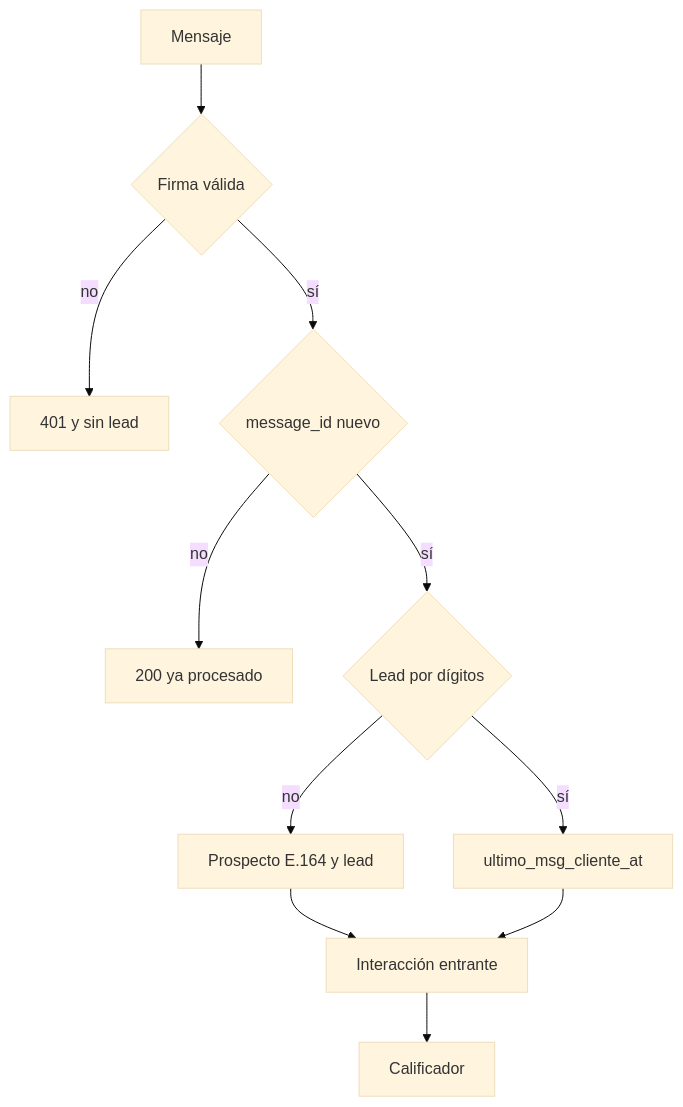
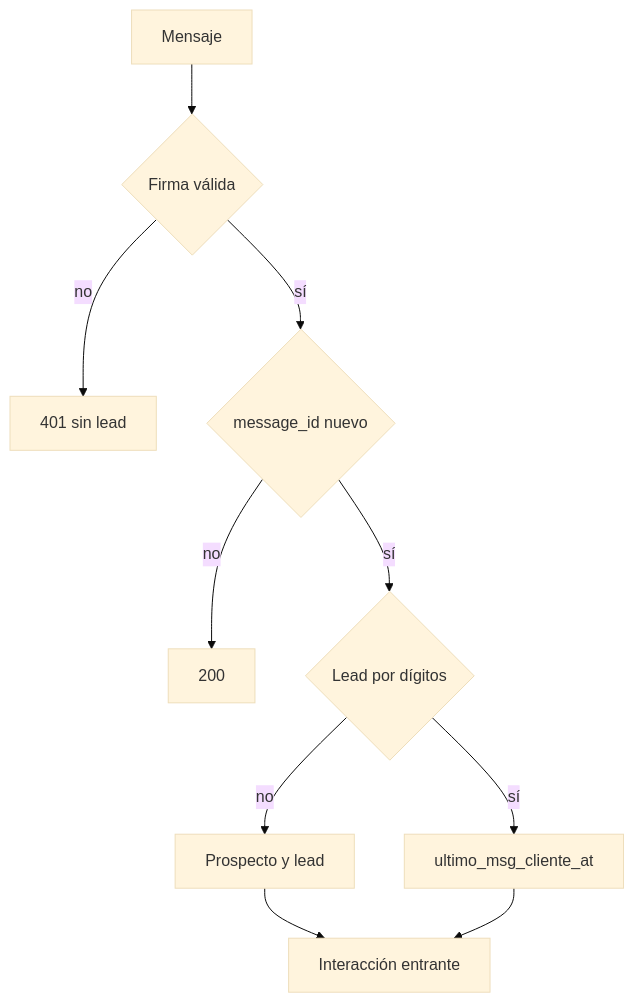
The fourth of 13 diagrams in docs/palm-lab-practica/iso/PD-SGC-MAN-001.md (EstrategiaInmobiliaria/Tokenizer-extended), drawn with Mermaid (base theme) before and after one commit. The commit also changed other lines of this file and 4 other files, not shown here.

````diff
--- a/docs/palm-lab-practica/iso/PD-SGC-MAN-001.md
+++ b/docs/palm-lab-practica/iso/PD-SGC-MAN-001.md
@@ -201,13 +174,12 @@
 ```mermaid
 flowchart TD
   M[Mensaje] --> V{Firma válida}
-  V -->|no| X[401 y sin lead]
+  V -->|no| X[401 sin lead]
   V -->|sí| D{message_id nuevo}
-  D -->|no| OK[200 ya procesado]
+  D -->|no| OK[200]
   D -->|sí| Q{Lead por dígitos}
-  Q -->|no| P[Prospecto E.164 y lead]
+  Q -->|no| P[Prospecto y lead]
   Q -->|sí| U[ultimo_msg_cliente_at]
   P --> I[Interacción entrante]
   U --> I
-  I --> A[Calificador]
 ```
````
